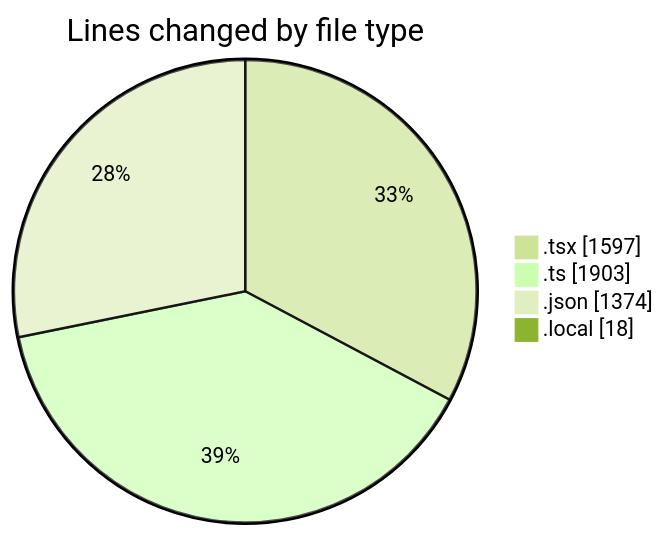
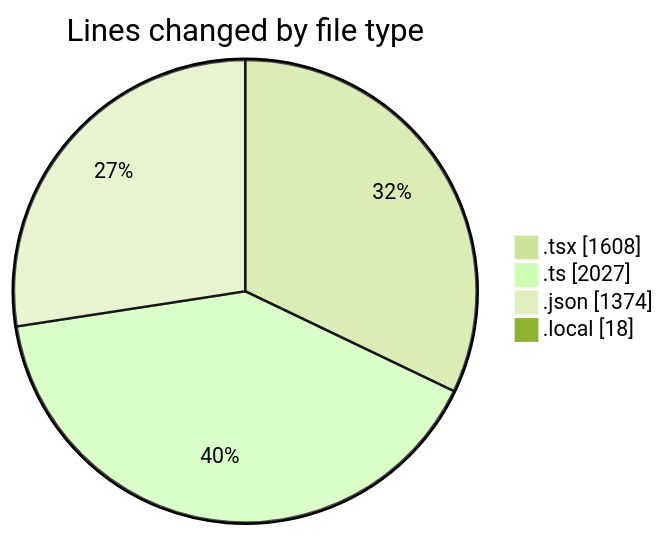
Before and after one commit to julien-gomy/code-tracking: the first of 2 diagrams in 2025-10-16/eventscop-frontend-guide__workspace_/README.md, drawn with Mermaid (forest theme). The commit also changed other lines of this file and 1 other file, not shown here.

````diff
--- a/2025-10-16/eventscop-frontend-guide__workspace_/README.md
+++ b/2025-10-16/eventscop-frontend-guide__workspace_/README.md
@@ -46,8 +47,8 @@
 ```mermaid
 pie showData
 title Lines changed by file type
-".tsx" : 1597
-".ts" : 1903
+".tsx" : 1608
+".ts" : 2027
 ".json" : 1374
 ".local" : 18
 ```
````
